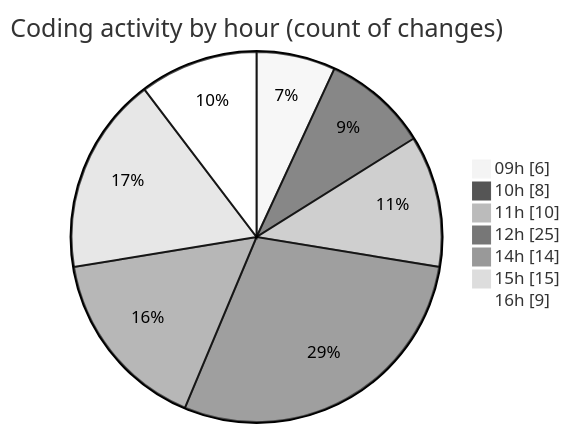
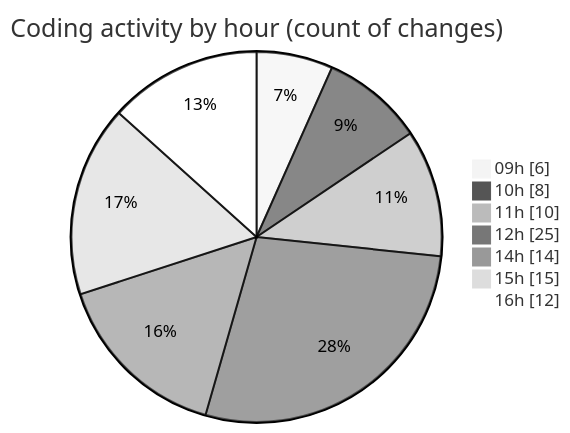
Before and after one commit to momahboobian/code-tracking: the second of 2 diagrams in 2025-10-22/cda/README.md, drawn with Mermaid (neutral theme). The commit also changed other lines of this file and 1 other file, not shown here.

````diff
--- a/2025-10-22/cda/README.md
+++ b/2025-10-22/cda/README.md
@@ -39,11 +40,11 @@
 ```mermaid
 pie showData
 title Coding activity by hour (count of changes)
 "09h" : 6
 "10h" : 8
 "11h" : 10
 "12h" : 25
 "14h" : 14
 "15h" : 15
-"16h" : 9
+"16h" : 12
 ```
````
